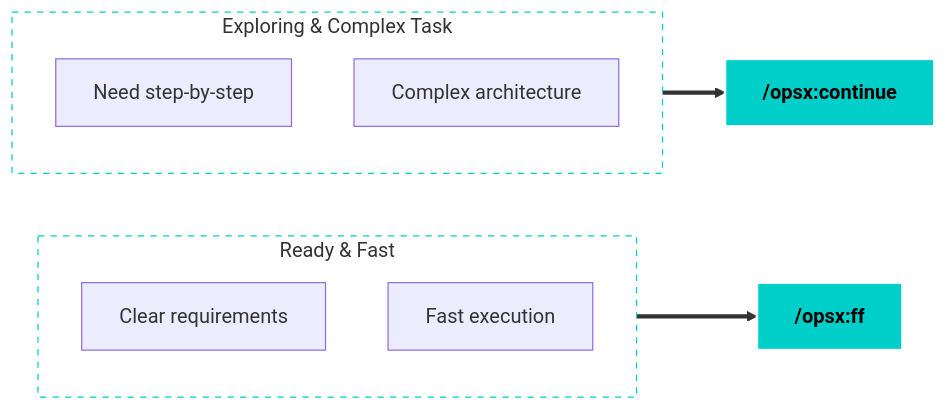
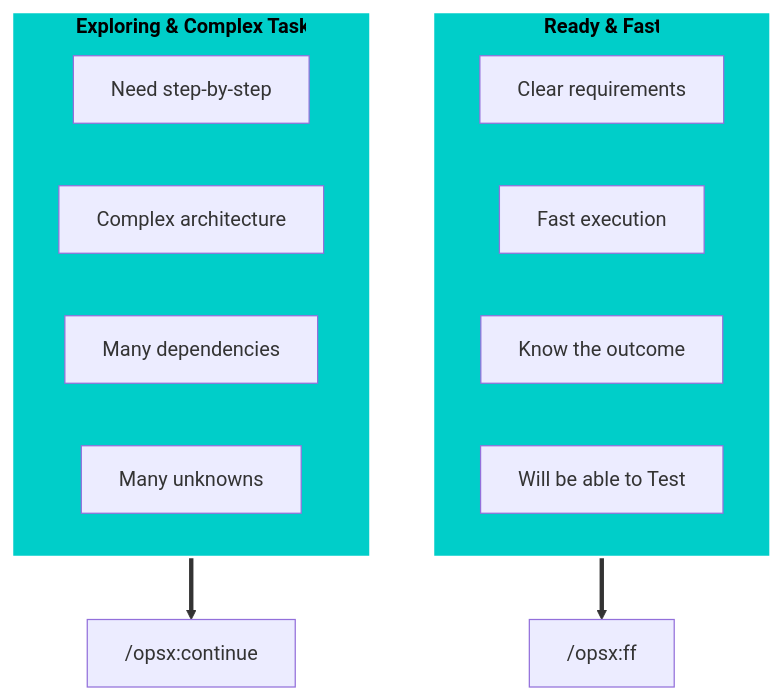
The third of 3 diagrams in presentations/openspec/04_openspec.md (reflexdemon/tech-talks), drawn with Mermaid before and after one commit. The commit also changed other lines of this file and 4 other files, not shown here.

````diff
--- a/presentations/openspec/04_openspec.md
+++ b/presentations/openspec/04_openspec.md
@@ -165,22 +110,24 @@
 ```mermaid
-flowchart LR
-    subgraph S1 [Ready & Fast]
-    direction TB
+flowchart TD
+    subgraph Quick [Ready & Fast]
+    direction LR
     A[Clear requirements]
     B[Fast execution]
+    C[Know the outcome]
+    D[Will be able to Test]
     end
 
-    subgraph S2 [Exploring & Complex Task]
-    direction TB
-    C[Need step-by-step]
-    D[Complex architecture]
+    subgraph Traditional [Exploring & Complex Task]
+    direction LR
+    E[Need step-by-step]
+    F[Complex architecture]
+    G[Many dependencies]
+    H[Many unknowns]
     end
 
-    S1 ==> FF["/opsx:ff"]
-    S2 ==> CO["/opsx:continue"]
+    Quick ==> FF["/opsx:ff"]
+    Traditional ==> CO["/opsx:continue"]
 
-    style FF fill:#00cec9,color:#000,font-weight:bold,stroke:#fff,stroke-width:2px
-    style CO fill:#00cec9,color:#000,font-weight:bold,stroke:#fff,stroke-width:2px
-    style S1 fill:none,stroke:#00cec9,stroke-dasharray: 5 5
-    style S2 fill:none,stroke:#00cec9,stroke-dasharray: 5 5
+    style Quick fill:#00cec9,color:#000,font-weight:bold,stroke:#fff,stroke-width:2px
+    style Traditional fill:#00cec9,color:#000,font-weight:bold,stroke:#fff,stroke-width:2px
 ```
````
